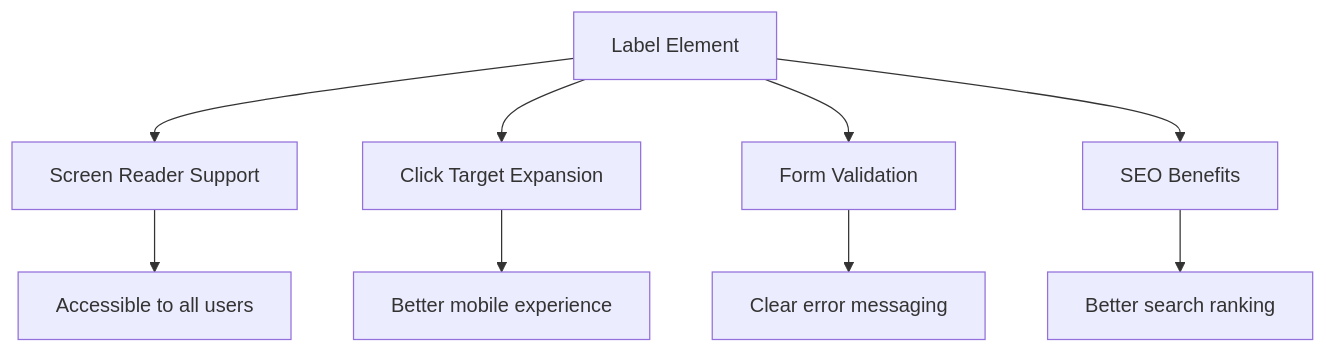
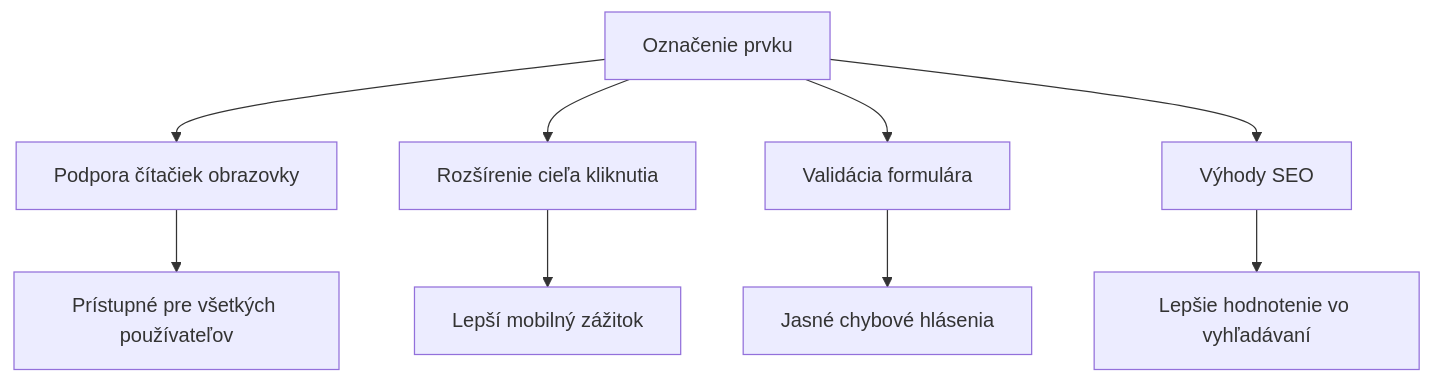
One commit to microsoft/Web-Dev-For-Beginners changed the third of 9 diagrams in translations/sk/7-bank-project/2-forms/README.md. Above: the diagram before and after it, drawn with Mermaid. The commit also changed other lines of this file and 99 other files, not shown here.

````diff
--- a/translations/sk/7-bank-project/2-forms/README.md
+++ b/translations/sk/7-bank-project/2-forms/README.md
@@ -141,12 +186,12 @@
 ```mermaid
 graph TD
-    A[Label Element] --> B[Screen Reader Support]
-    A --> C[Click Target Expansion]
-    A --> D[Form Validation]
-    A --> E[SEO Benefits]
+    A[Označenie prvku] --> B[Podpora čítačiek obrazovky]
+    A --> C[Rozšírenie cieľa kliknutia]
+    A --> D[Validácia formulára]
+    A --> E[Výhody SEO]
     
-    B --> F[Accessible to all users]
-    C --> G[Better mobile experience]
-    D --> H[Clear error messaging]
-    E --> I[Better search ranking]
+    B --> F[Prístupné pre všetkých používateľov]
+    C --> G[Lepší mobilný zážitok]
+    D --> H[Jasné chybové hlásenia]
+    E --> I[Lepšie hodnotenie vo vyhľadávaní]
 ```
````
